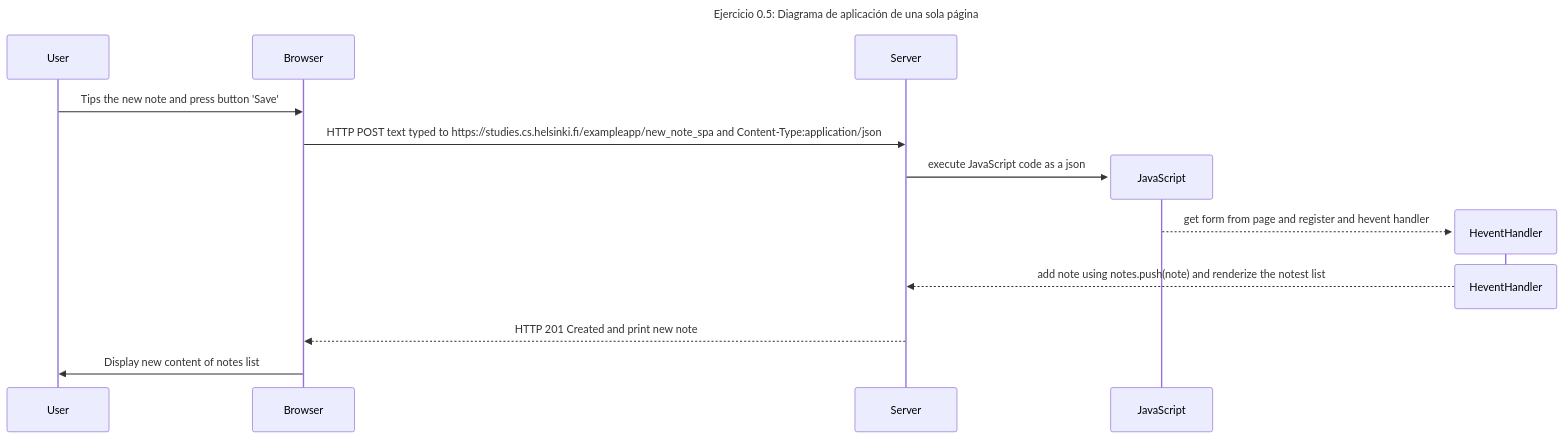
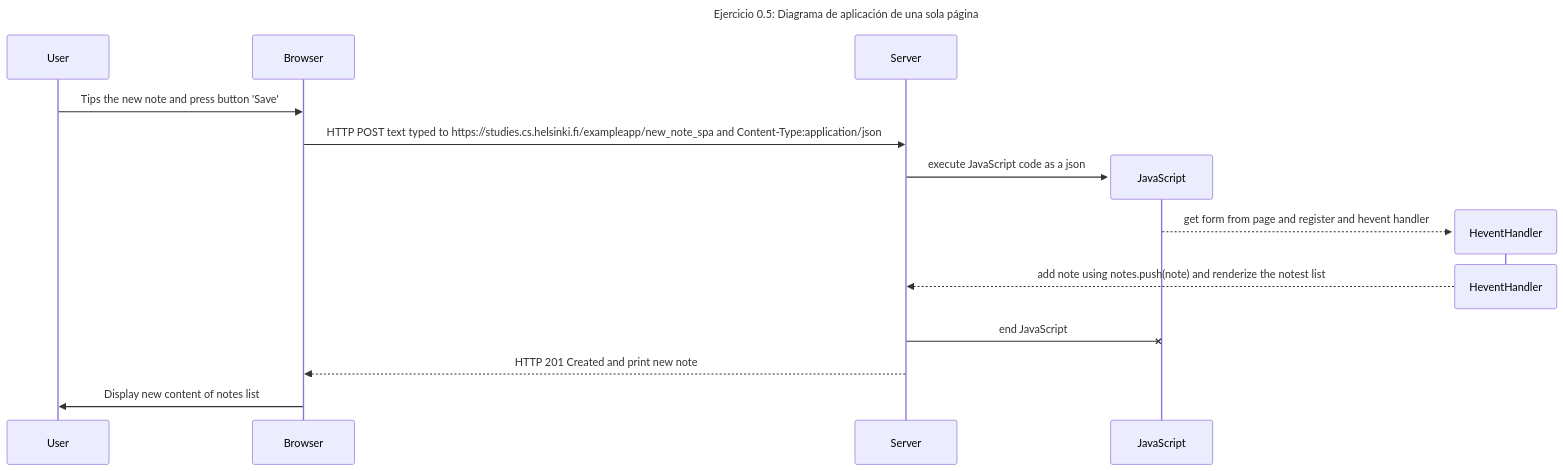
Before and after one commit to HaTeRMaNCo/fullstack: the diagram in part0/0.5.mermaid.md, drawn with Mermaid.

Commit message:
update sequence

````diff
--- a/part0/0.5.mermaid.md
+++ b/part0/0.5.mermaid.md
@@ -1,18 +1,19 @@
 ```mermaid
 sequenceDiagram
     title Ejercicio 0.5: Diagrama de aplicación de una sola página
     participant User
     participant Browser
     participant Server
     User->>Browser: Tips the new note and press button 'Save'
     Browser->>Server: HTTP POST text typed to https://studies.cs.helsinki.fi/exampleapp/new_note_spa and Content-Type:application/json
     create participant JavaScript
     Server->>JavaScript: execute JavaScript code as a json
     create participant HeventHandler
     destroy JavaScript
     JavaScript-->>HeventHandler: get form from page and register and hevent handler 
     destroy HeventHandler
     HeventHandler-->>Server: add note using notes.push(note) and renderize the notest list 
+    Server-xJavaScript: end JavaScript
     Server-->>Browser: HTTP 201 Created and print new note
     Browser->>User: Display new content of notes list
 ```
````
